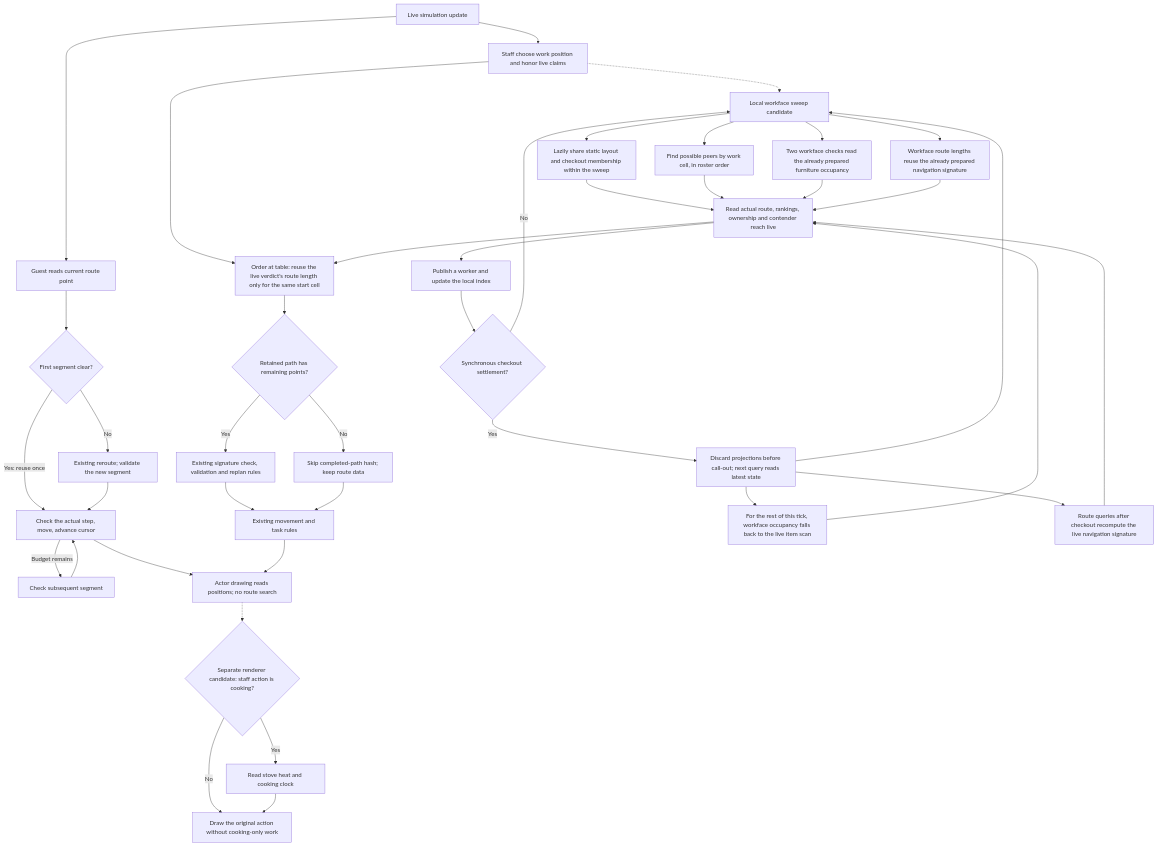
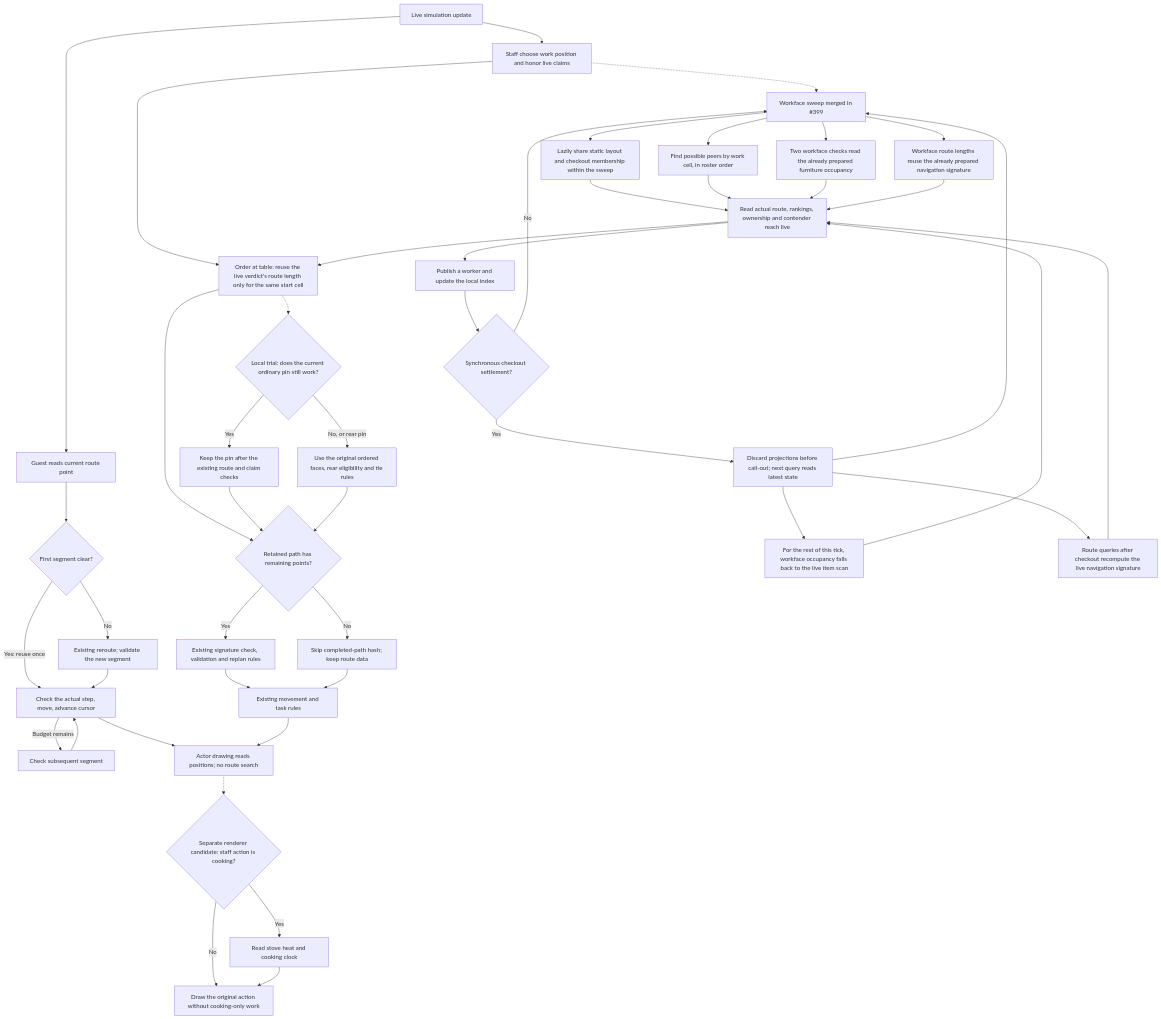
One commit to yiyousiow000814/little-leaf changed the diagram in docs/development/actor-frame-budget/actor-work.mmd. Above: the diagram before and after it, drawn with Mermaid. The commit also changed 7 other files, not shown here.

```diff
--- a/docs/development/actor-frame-budget/actor-work.mmd
+++ b/docs/development/actor-frame-budget/actor-work.mmd
@@ -1,42 +1,48 @@
 flowchart TD
     Sim["Live simulation update"]
     Sim --> G["Guest reads current route point"]
     G --> B{"First segment clear?"}
     B -->|"Yes: reuse once"| S["Check the actual step, move, advance cursor"]
     B -->|"No"| R["Existing reroute; validate the new segment"]
     R --> S
     S -->|"Budget remains"| L["Check subsequent segment"]
     L --> S
     Sim --> F["Staff choose work position and honor live claims"]
     F --> O["Order at table: reuse the live verdict's route length only for the same start cell"]
     O --> E{"Retained path has remaining points?"}
     E -->|"Yes"| V["Existing signature check, validation and replan rules"]
     E -->|"No"| N["Skip completed-path hash; keep route data"]
     V --> M["Existing movement and task rules"]
     N --> M
     S --> D["Actor drawing reads positions; no route search"]
     M --> D
     D -.-> C{"Separate renderer candidate: staff action is cooking?"}
     C -->|"Yes"| H["Read stove heat and cooking clock"]
     C -->|"No"| P["Draw the original action without cooking-only work"]
     H --> P
 
-    F -.-> A["Local workface sweep candidate"]
+    F -.-> A["Workface sweep merged in #399"]
     A --> Q["Lazily share static layout and checkout membership within the sweep"]
     A --> I["Find possible peers by work cell, in roster order"]
     A --> Y["Two workface checks read the already prepared furniture occupancy"]
     A --> K["Workface route lengths reuse the already prepared navigation signature"]
     Q --> J["Read actual route, rankings, ownership and contender reach live"]
     I --> J
     Y --> J
     K --> J
     J --> U["Publish a worker and update the local index"]
     U --> W{"Synchronous checkout settlement?"}
     W -->|"Yes"| X["Discard projections before call-out; next query reads latest state"]
     W -->|"No"| A
     X --> A
     X --> Z["For the rest of this tick, workface occupancy falls back to the live item scan"]
     X --> T["Route queries after checkout recompute the live navigation signature"]
     Z --> J
     T --> J
     J --> O
+
+    O -.-> PI{"Local trial: does the current ordinary pin still work?"}
+    PI -->|"Yes"| PR["Keep the pin after the existing route and claim checks"]
+    PI -->|"No, or rear pin"| PA["Use the original ordered faces, rear eligibility and tie rules"]
+    PR --> E
+    PA --> E
```
